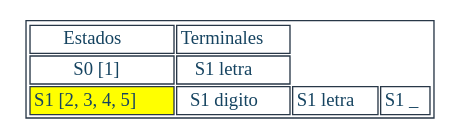
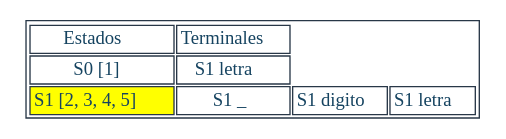
Before and after one commit to JeffMendez/OCL_Proyecto1_201901557: the diagram in Regexive/archivos/TRANSICIONES_201901557/identificador.dot, drawn with Graphviz. The commit also changed 117 other files, not shown here.

```diff
--- a/Regexive/archivos/TRANSICIONES_201901557/identificador.dot
+++ b/Regexive/archivos/TRANSICIONES_201901557/identificador.dot
@@ -1,14 +1,14 @@
 digraph T {
 aHtmlTable [
    shape=plaintext
    color="#283747" fontcolor="#154360" label=<
 
    <table border='1' cellborder='1'>
    <tr>
       <td>Estados</td>
       <td>Terminales</td>
-   </tr><tr><td>S0 [1]</td><td>S1 letra</td></tr><tr><td bgcolor="yellow"> S1 [2, 3, 4, 5]</td><td>S1 digito</td><td>S1 letra</td><td>S1 _</td></tr></table>
+   </tr><tr><td>S0 [1]</td><td>S1 letra</td></tr><tr><td bgcolor="yellow"> S1 [2, 3, 4, 5]</td><td>S1 _</td><td>S1 digito</td><td>S1 letra</td></tr></table>
 
    >]; 
 
 }
```
